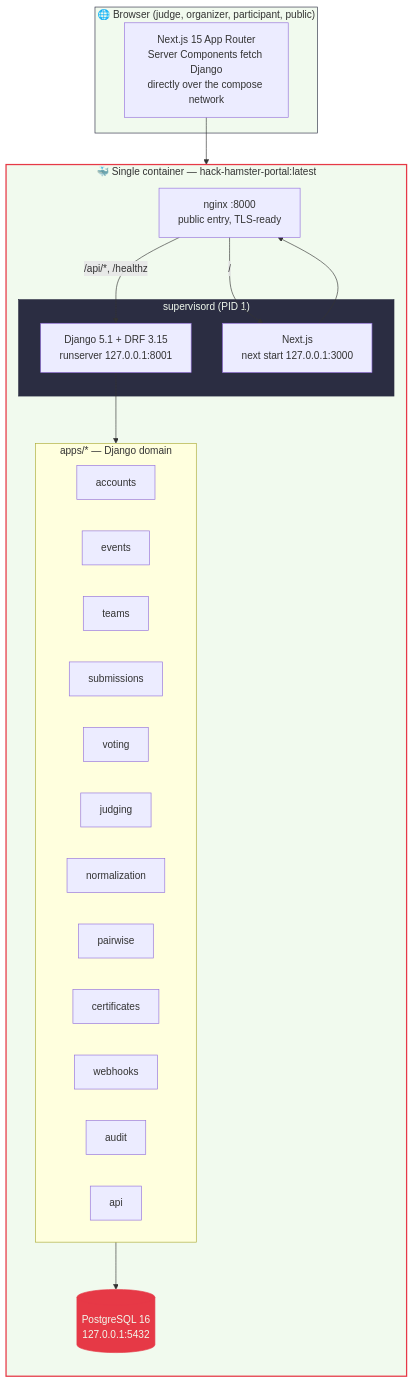
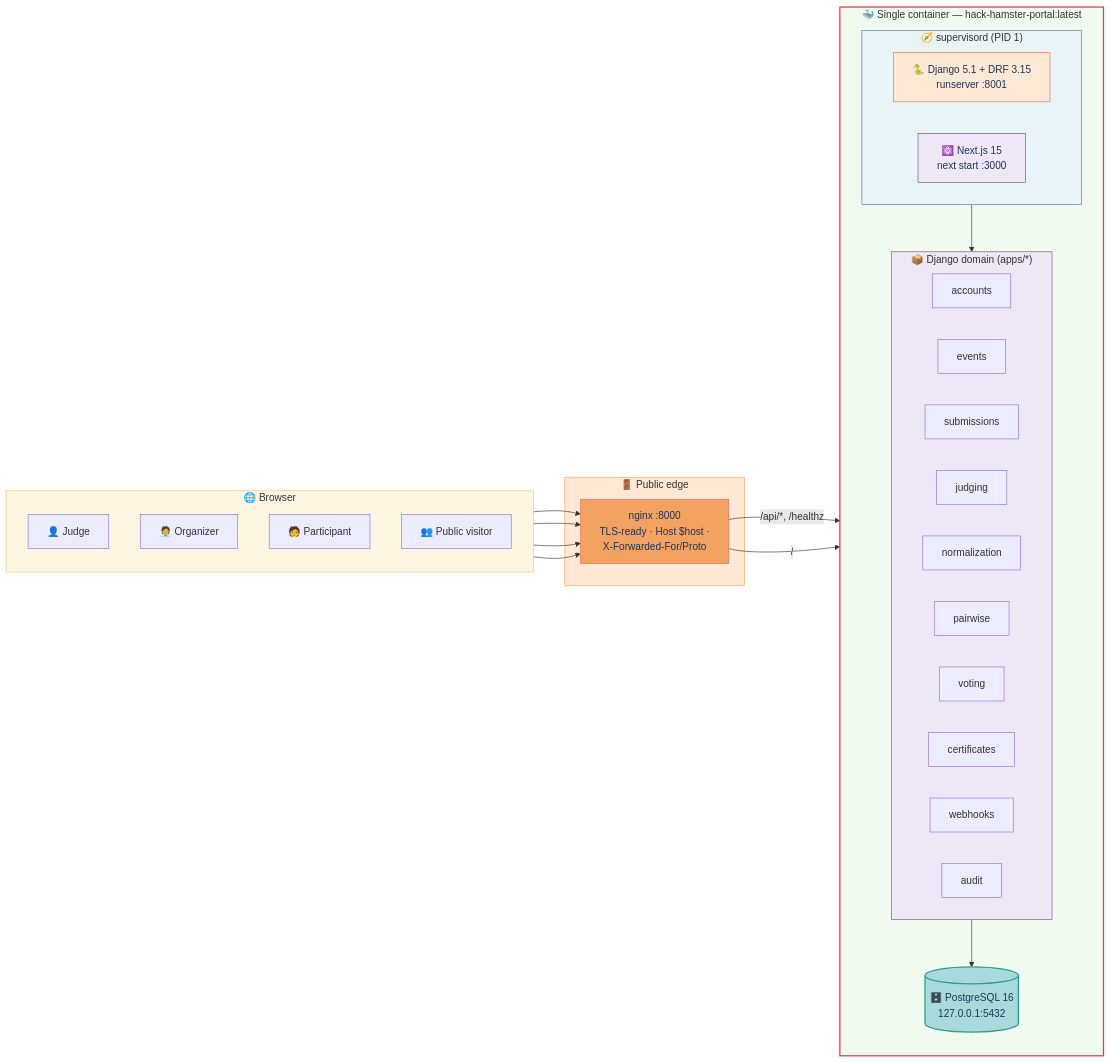
One commit to choksi2212/dogfood-hackathon changed the first of 10 diagrams in README.md. Above: the diagram before and after it, drawn with Mermaid. The commit also changed other lines of this file, not shown here.

First line of the commit message:
README: rebuild diagrams — landscape architecture + light themed palette

````diff
--- a/README.md
+++ b/README.md
@@ -98,42 +98,60 @@
 ```mermaid
-flowchart TB
-    subgraph Browser["🌐 Browser (judge, organizer, participant, public)"]
-        B1[Next.js 15 App Router<br/>Server Components fetch Django<br/>directly over the compose network]
+flowchart LR
+    subgraph Edge["🌐 Browser"]
+        direction TB
+        U1[👤 Judge]
+        U2[🧑‍💼 Organizer]
+        U3[🧑 Participant]
+        U4[👥 Public visitor]
     end
 
-    subgraph Container["🐳 Single container — hack-hamster-portal:latest"]
-        direction TB
-        N[nginx :8000<br/>public entry, TLS-ready]
-        subgraph Sup["supervisord (PID 1)"]
-            DJ["Django 5.1 + DRF 3.15<br/>runserver 127.0.0.1:8001"]
-            NX[Next.js<br/>next start 127.0.0.1:3000]
-        end
-        subgraph App["apps/* — Django domain"]
-            A1[accounts]
-            A2[events]
-            A3[teams]
-            A4[submissions]
-            A5[voting]
-            A6[judging]
-            A7[normalization]
-            A8[pairwise]
-            A9[certificates]
-            A10[webhooks]
-            A11[audit]
-            A12[api]
-        end
-        PG[(PostgreSQL 16<br/>127.0.0.1:5432)]
+    subgraph Edge2["🚪 Public edge"]
+        NG["nginx :8000<br/>TLS-ready · Host $host ·<br/>X-Forwarded-For/Proto"]
     end
 
-    N -->|/api/*, /healthz| DJ
-    N -->|/| NX
-    DJ --> App
-    App --> PG
-    B1 --> N
-    NX --> N
+    subgraph App["🐳 Single container — hack-hamster-portal:latest"]
+        direction TB
+        subgraph Sup["🧭 supervisord (PID 1)"]
+            direction LR
+            DJ["🐍 Django 5.1 + DRF 3.15<br/>runserver :8001"]
+            NX["⚛️ Next.js 15<br/>next start :3000"]
+        end
 
-    style Container fill:#F1FAEE,stroke:#E63946,stroke-width:2px
-    style Sup fill:#2B2D42,stroke:#2B2D42,color:#F1FAEE
-    style Browser fill:#F1FAEE,stroke:#2B2D42
-    style PG fill:#E63946,stroke:#E63946,color:#F1FAEE
+        subgraph Domain["📦 Django domain (apps/*)"]
+            direction LR
+            ACC[accounts]
+            EVT[events]
+            SUB[submissions]
+            JUD[judging]
+            NRM[normalization]
+            PAI[pairwise]
+            VOT[voting]
+            CRT[certificates]
+            WHK[webhooks]
+            AUD[audit]
+        end
+
+        PG[("🗄️ PostgreSQL 16<br/>127.0.0.1:5432")]
+    end
+
+    U1 --> NG
+    U2 --> NG
+    U3 --> NG
+    U4 --> NG
+
+    NG -->|"/api/*, /healthz"| DJ
+    NG -->|"/"| NX
+
+    DJ --> Domain
+    Domain --> PG
+
+    style Edge fill:#FDF6E3,stroke:#E9C46A,stroke-width:1px
+    style Edge2 fill:#FFE8D6,stroke:#F4A261,stroke-width:1px
+    style App fill:#F1FAEE,stroke:#E63946,stroke-width:2px
+    style Sup fill:#E8F4F8,stroke:#457B9D,stroke-width:1px
+    style Domain fill:#EDE7F6,stroke:#6C567B,stroke-width:1px
+    style PG fill:#A8DADC,stroke:#2A9D8F,stroke-width:2px,color:#1D3557
+    style NG fill:#F4A261,stroke:#E76F51,color:#1D3557
+    style DJ fill:#FFE8D6,stroke:#E76F51,color:#1D3557
+    style NX fill:#EDE7F6,stroke:#6C567B,color:#1D3557
 ```
````
